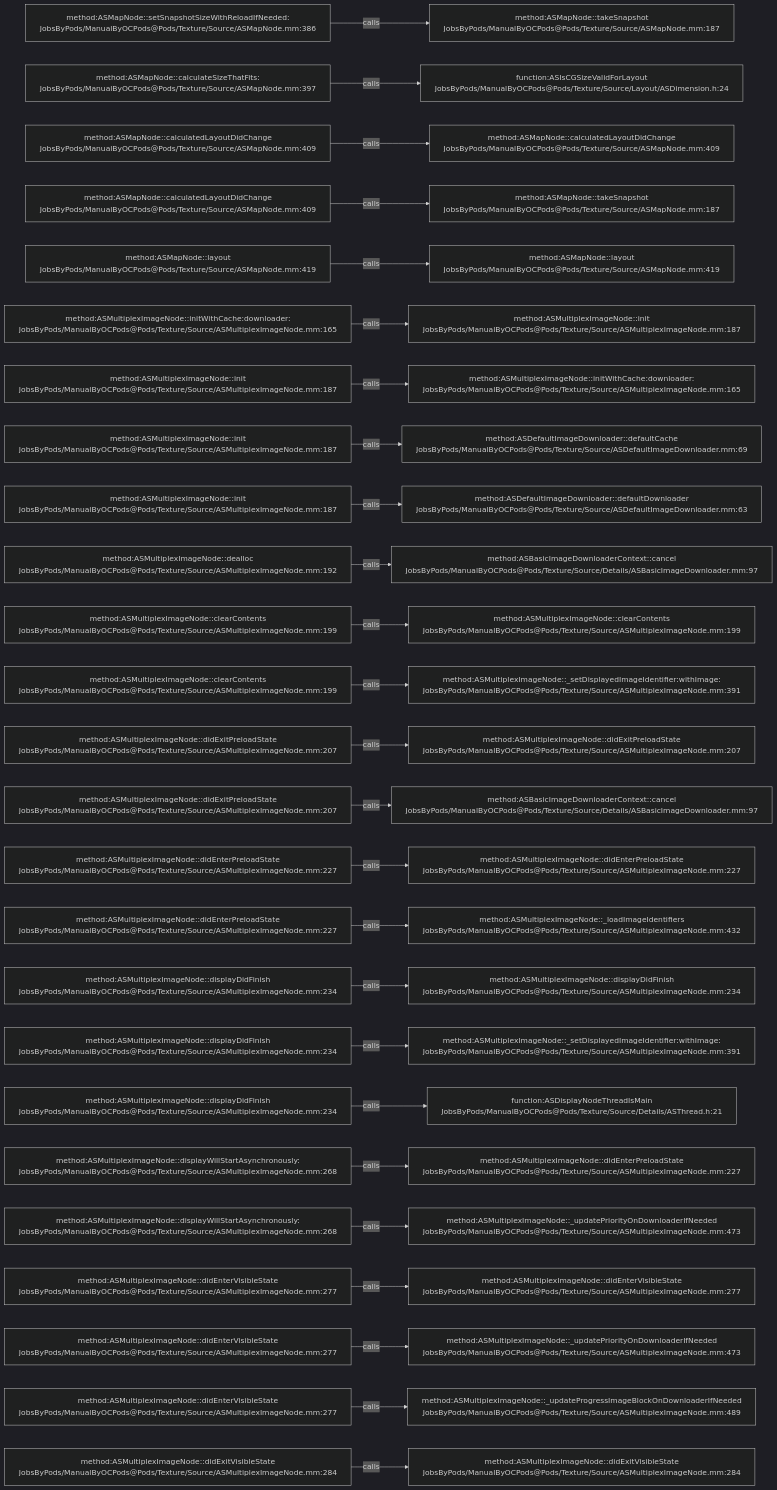
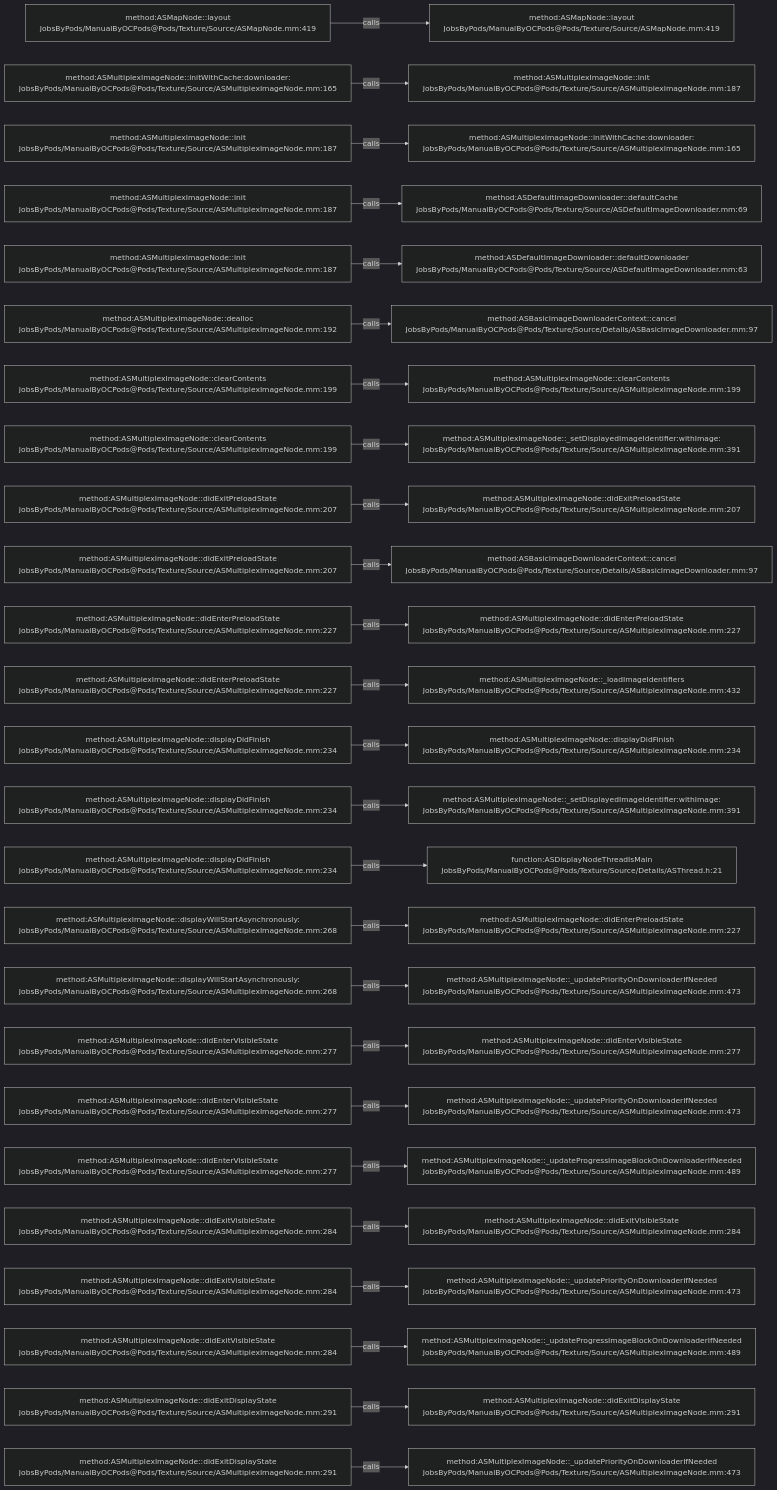
One commit to JobsKits/JobsOCBaseConfigDemo changed the diagram in .codegraph/codegraph.md/graphs/calls-112.md. Above: the diagram before and after it, drawn with Mermaid (dark theme). The commit also changed 727 other files, not shown here.

````diff
--- a/.codegraph/codegraph.md/graphs/calls-112.md
+++ b/.codegraph/codegraph.md/graphs/calls-112.md
@@ -13,78 +13,78 @@
 ```mermaid
 flowchart LR
-  S1["method:ASMapNode::setSnapshotSizeWithReloadIfNeeded:<br/>JobsByPods/ManualByOCPods@Pods/Texture/Source/ASMapNode.mm:386"]
-  T1["method:ASMapNode::takeSnapshot<br/>JobsByPods/ManualByOCPods@Pods/Texture/Source/ASMapNode.mm:187"]
+  S1["method:ASMapNode::layout<br/>JobsByPods/ManualByOCPods@Pods/Texture/Source/ASMapNode.mm:419"]
+  T1["method:ASMapNode::layout<br/>JobsByPods/ManualByOCPods@Pods/Texture/Source/ASMapNode.mm:419"]
   S1 -->|calls| T1
-  S2["method:ASMapNode::calculateSizeThatFits:<br/>JobsByPods/ManualByOCPods@Pods/Texture/Source/ASMapNode.mm:397"]
-  T2["function:ASIsCGSizeValidForLayout<br/>JobsByPods/ManualByOCPods@Pods/Texture/Source/Layout/ASDimension.h:24"]
+  S2["method:ASMultiplexImageNode::initWithCache:downloader:<br/>JobsByPods/ManualByOCPods@Pods/Texture/Source/ASMultiplexImageNode.mm:165"]
+  T2["method:ASMultiplexImageNode::init<br/>JobsByPods/ManualByOCPods@Pods/Texture/Source/ASMultiplexImageNode.mm:187"]
   S2 -->|calls| T2
-  S3["method:ASMapNode::calculatedLayoutDidChange<br/>JobsByPods/ManualByOCPods@Pods/Texture/Source/ASMapNode.mm:409"]
-  T3["method:ASMapNode::calculatedLayoutDidChange<br/>JobsByPods/ManualByOCPods@Pods/Texture/Source/ASMapNode.mm:409"]
+  S3["method:ASMultiplexImageNode::init<br/>JobsByPods/ManualByOCPods@Pods/Texture/Source/ASMultiplexImageNode.mm:187"]
+  T3["method:ASMultiplexImageNode::initWithCache:downloader:<br/>JobsByPods/ManualByOCPods@Pods/Texture/Source/ASMultiplexImageNode.mm:165"]
   S3 -->|calls| T3
-  S4["method:ASMapNode::calculatedLayoutDidChange<br/>JobsByPods/ManualByOCPods@Pods/Texture/Source/ASMapNode.mm:409"]
-  T4["method:ASMapNode::takeSnapshot<br/>JobsByPods/ManualByOCPods@Pods/Texture/Source/ASMapNode.mm:187"]
+  S4["method:ASMultiplexImageNode::init<br/>JobsByPods/ManualByOCPods@Pods/Texture/Source/ASMultiplexImageNode.mm:187"]
+  T4["method:ASDefaultImageDownloader::defaultCache<br/>JobsByPods/ManualByOCPods@Pods/Texture/Source/ASDefaultImageDownloader.mm:69"]
   S4 -->|calls| T4
-  S5["method:ASMapNode::layout<br/>JobsByPods/ManualByOCPods@Pods/Texture/Source/ASMapNode.mm:419"]
-  T5["method:ASMapNode::layout<br/>JobsByPods/ManualByOCPods@Pods/Texture/Source/ASMapNode.mm:419"]
+  S5["method:ASMultiplexImageNode::init<br/>JobsByPods/ManualByOCPods@Pods/Texture/Source/ASMultiplexImageNode.mm:187"]
+  T5["method:ASDefaultImageDownloader::defaultDownloader<br/>JobsByPods/ManualByOCPods@Pods/Texture/Source/ASDefaultImageDownloader.mm:63"]
   S5 -->|calls| T5
-  S6["method:ASMultiplexImageNode::initWithCache:downloader:<br/>JobsByPods/ManualByOCPods@Pods/Texture/Source/ASMultiplexImageNode.mm:165"]
-  T6["method:ASMultiplexImageNode::init<br/>JobsByPods/ManualByOCPods@Pods/Texture/Source/ASMultiplexImageNode.mm:187"]
+  S6["method:ASMultiplexImageNode::dealloc<br/>JobsByPods/ManualByOCPods@Pods/Texture/Source/ASMultiplexImageNode.mm:192"]
+  T6["method:ASBasicImageDownloaderContext::cancel<br/>JobsByPods/ManualByOCPods@Pods/Texture/Source/Details/ASBasicImageDownloader.mm:97"]
   S6 -->|calls| T6
-  S7["method:ASMultiplexImageNode::init<br/>JobsByPods/ManualByOCPods@Pods/Texture/Source/ASMultiplexImageNode.mm:187"]
-  T7["method:ASMultiplexImageNode::initWithCache:downloader:<br/>JobsByPods/ManualByOCPods@Pods/Texture/Source/ASMultiplexImageNode.mm:165"]
+  S7["method:ASMultiplexImageNode::clearContents<br/>JobsByPods/ManualByOCPods@Pods/Texture/Source/ASMultiplexImageNode.mm:199"]
+  T7["method:ASMultiplexImageNode::clearContents<br/>JobsByPods/ManualByOCPods@Pods/Texture/Source/ASMultiplexImageNode.mm:199"]
   S7 -->|calls| T7
-  S8["method:ASMultiplexImageNode::init<br/>JobsByPods/ManualByOCPods@Pods/Texture/Source/ASMultiplexImageNode.mm:187"]
-  T8["method:ASDefaultImageDownloader::defaultCache<br/>JobsByPods/ManualByOCPods@Pods/Texture/Source/ASDefaultImageDownloader.mm:69"]
+  S8["method:ASMultiplexImageNode::clearContents<br/>JobsByPods/ManualByOCPods@Pods/Texture/Source/ASMultiplexImageNode.mm:199"]
+  T8["method:ASMultiplexImageNode::_setDisplayedImageIdentifier:withImage:<br/>JobsByPods/ManualByOCPods@Pods/Texture/Source/ASMultiplexImageNode.mm:391"]
   S8 -->|calls| T8
-  S9["method:ASMultiplexImageNode::init<br/>JobsByPods/ManualByOCPods@Pods/Texture/Source/ASMultiplexImageNode.mm:187"]
-  T9["method:ASDefaultImageDownloader::defaultDownloader<br/>JobsByPods/ManualByOCPods@Pods/Texture/Source/ASDefaultImageDownloader.mm:63"]
+  S9["method:ASMultiplexImageNode::didExitPreloadState<br/>JobsByPods/ManualByOCPods@Pods/Texture/Source/ASMultiplexImageNode.mm:207"]
+  T9["method:ASMultiplexImageNode::didExitPreloadState<br/>JobsByPods/ManualByOCPods@Pods/Texture/Source/ASMultiplexImageNode.mm:207"]
   S9 -->|calls| T9
-  S10["method:ASMultiplexImageNode::dealloc<br/>JobsByPods/ManualByOCPods@Pods/Texture/Source/ASMultiplexImageNode.mm:192"]
+  S10["method:ASMultiplexImageNode::didExitPreloadState<br/>JobsByPods/ManualByOCPods@Pods/Texture/Source/ASMultiplexImageNode.mm:207"]
   T10["method:ASBasicImageDownloaderContext::cancel<br/>JobsByPods/ManualByOCPods@Pods/Texture/Source/Details/ASBasicImageDownloader.mm:97"]
   S10 -->|calls| T10
-  S11["method:ASMultiplexImageNode::clearContents<br/>JobsByPods/ManualByOCPods@Pods/Texture/Source/ASMultiplexImageNode.mm:199"]
-  T11["method:ASMultiplexImageNode::clearContents<br/>JobsByPods/ManualByOCPods@Pods/Texture/Source/ASMultiplexImageNode.mm:199"]
+  S11["method:ASMultiplexImageNode::didEnterPreloadState<br/>JobsByPods/ManualByOCPods@Pods/Texture/Source/ASMultiplexImageNode.mm:227"]
+  T11["method:ASMultiplexImageNode::didEnterPreloadState<br/>JobsByPods/ManualByOCPods@Pods/Texture/Source/ASMultiplexImageNode.mm:227"]
   S11 -->|calls| T11
-  S12["method:ASMultiplexImageNode::clearContents<br/>JobsByPods/ManualByOCPods@Pods/Texture/Source/ASMultiplexImageNode.mm:199"]
-  T12["method:ASMultiplexImageNode::_setDisplayedImageIdentifier:withImage:<br/>JobsByPods/ManualByOCPods@Pods/Texture/Source/ASMultiplexImageNode.mm:391"]
+  S12["method:ASMultiplexImageNode::didEnterPreloadState<br/>JobsByPods/ManualByOCPods@Pods/Texture/Source/ASMultiplexImageNode.mm:227"]
+  T12["method:ASMultiplexImageNode::_loadImageIdentifiers<br/>JobsByPods/ManualByOCPods@Pods/Texture/Source/ASMultiplexImageNode.mm:432"]
   S12 -->|calls| T12
-  S13["method:ASMultiplexImageNode::didExitPreloadState<br/>JobsByPods/ManualByOCPods@Pods/Texture/Source/ASMultiplexImageNode.mm:207"]
-  T13["method:ASMultiplexImageNode::didExitPreloadState<br/>JobsByPods/ManualByOCPods@Pods/Texture/Source/ASMultiplexImageNode.mm:207"]
+  S13["method:ASMultiplexImageNode::displayDidFinish<br/>JobsByPods/ManualByOCPods@Pods/Texture/Source/ASMultiplexImageNode.mm:234"]
+  T13["method:ASMultiplexImageNode::displayDidFinish<br/>JobsByPods/ManualByOCPods@Pods/Texture/Source/ASMultiplexImageNode.mm:234"]
   S13 -->|calls| T13
-  S14["method:ASMultiplexImageNode::didExitPreloadState<br/>JobsByPods/ManualByOCPods@Pods/Texture/Source/ASMultiplexImageNode.mm:207"]
-  T14["method:ASBasicImageDownloaderContext::cancel<br/>JobsByPods/ManualByOCPods@Pods/Texture/Source/Details/ASBasicImageDownloader.mm:97"]
+  S14["method:ASMultiplexImageNode::displayDidFinish<br/>JobsByPods/ManualByOCPods@Pods/Texture/Source/ASMultiplexImageNode.mm:234"]
+  T14["method:ASMultiplexImageNode::_setDisplayedImageIdentifier:withImage:<br/>JobsByPods/ManualByOCPods@Pods/Texture/Source/ASMultiplexImageNode.mm:391"]
   S14 -->|calls| T14
-  S15["method:ASMultiplexImageNode::didEnterPreloadState<br/>JobsByPods/ManualByOCPods@Pods/Texture/Source/ASMultiplexImageNode.mm:227"]
-  T15["method:ASMultiplexImageNode::didEnterPreloadState<br/>JobsByPods/ManualByOCPods@Pods/Texture/Source/ASMultiplexImageNode.mm:227"]
+  S15["method:ASMultiplexImageNode::displayDidFinish<br/>JobsByPods/ManualByOCPods@Pods/Texture/Source/ASMultiplexImageNode.mm:234"]
+  T15["function:ASDisplayNodeThreadIsMain<br/>JobsByPods/ManualByOCPods@Pods/Texture/Source/Details/ASThread.h:21"]
   S15 -->|calls| T15
-  S16["method:ASMultiplexImageNode::didEnterPreloadState<br/>JobsByPods/ManualByOCPods@Pods/Texture/Source/ASMultiplexImageNode.mm:227"]
-  T16["method:ASMultiplexImageNode::_loadImageIdentifiers<br/>JobsByPods/ManualByOCPods@Pods/Texture/Source/ASMultiplexImageNode.mm:432"]
+  S16["method:ASMultiplexImageNode::displayWillStartAsynchronously:<br/>JobsByPods/ManualByOCPods@Pods/Texture/Source/ASMultiplexImageNode.mm:268"]
+  T16["method:ASMultiplexImageNode::didEnterPreloadState<br/>JobsByPods/ManualByOCPods@Pods/Texture/Source/ASMultiplexImageNode.mm:227"]
   S16 -->|calls| T16
-  S17["method:ASMultiplexImageNode::displayDidFinish<br/>JobsByPods/ManualByOCPods@Pods/Texture/Source/ASMultiplexImageNode.mm:234"]
-  T17["method:ASMultiplexImageNode::displayDidFinish<br/>JobsByPods/ManualByOCPods@Pods/Texture/Source/ASMultiplexImageNode.mm:234"]
+  S17["method:ASMultiplexImageNode::displayWillStartAsynchronously:<br/>JobsByPods/ManualByOCPods@Pods/Texture/Source/ASMultiplexImageNode.mm:268"]
+  T17["method:ASMultiplexImageNode::_updatePriorityOnDownloaderIfNeeded<br/>JobsByPods/ManualByOCPods@Pods/Texture/Source/ASMultiplexImageNode.mm:473"]
   S17 -->|calls| T17
-  S18["method:ASMultiplexImageNode::displayDidFinish<br/>JobsByPods/ManualByOCPods@Pods/Texture/Source/ASMultiplexImageNode.mm:234"]
-  T18["method:ASMultiplexImageNode::_setDisplayedImageIdentifier:withImage:<br/>JobsByPods/ManualByOCPods@Pods/Texture/Source/ASMultiplexImageNode.mm:391"]
+  S18["method:ASMultiplexImageNode::didEnterVisibleState<br/>JobsByPods/ManualByOCPods@Pods/Texture/Source/ASMultiplexImageNode.mm:277"]
+  T18["method:ASMultiplexImageNode::didEnterVisibleState<br/>JobsByPods/ManualByOCPods@Pods/Texture/Source/ASMultiplexImageNode.mm:277"]
   S18 -->|calls| T18
-  S19["method:ASMultiplexImageNode::displayDidFinish<br/>JobsByPods/ManualByOCPods@Pods/Texture/Source/ASMultiplexImageNode.mm:234"]
-  T19["function:ASDisplayNodeThreadIsMain<br/>JobsByPods/ManualByOCPods@Pods/Texture/Source/Details/ASThread.h:21"]
+  S19["method:ASMultiplexImageNode::didEnterVisibleState<br/>JobsByPods/ManualByOCPods@Pods/Texture/Source/ASMultiplexImageNode.mm:277"]
+  T19["method:ASMultiplexImageNode::_updatePriorityOnDownloaderIfNeeded<br/>JobsByPods/ManualByOCPods@Pods/Texture/Source/ASMultiplexImageNode.mm:473"]
   S19 -->|calls| T19
-  S20["method:ASMultiplexImageNode::displayWillStartAsynchronously:<br/>JobsByPods/ManualByOCPods@Pods/Texture/Source/ASMultiplexImageNode.mm:268"]
-  T20["method:ASMultiplexImageNode::didEnterPreloadState<br/>JobsByPods/ManualByOCPods@Pods/Texture/Source/ASMultiplexImageNode.mm:227"]
+  S20["method:ASMultiplexImageNode::didEnterVisibleState<br/>JobsByPods/ManualByOCPods@Pods/Texture/Source/ASMultiplexImageNode.mm:277"]
+  T20["method:ASMultiplexImageNode::_updateProgressImageBlockOnDownloaderIfNeeded<br/>JobsByPods/ManualByOCPods@Pods/Texture/Source/ASMultiplexImageNode.mm:489"]
   S20 -->|calls| T20
-  S21["method:ASMultiplexImageNode::displayWillStartAsynchronously:<br/>JobsByPods/ManualByOCPods@Pods/Texture/Source/ASMultiplexImageNode.mm:268"]
-  T21["method:ASMultiplexImageNode::_updatePriorityOnDownloaderIfNeeded<br/>JobsByPods/ManualByOCPods@Pods/Texture/Source/ASMultiplexImageNode.mm:473"]
+  S21["method:ASMultiplexImageNode::didExitVisibleState<br/>JobsByPods/ManualByOCPods@Pods/Texture/Source/ASMultiplexImageNode.mm:284"]
+  T21["method:ASMultiplexImageNode::didExitVisibleState<br/>JobsByPods/ManualByOCPods@Pods/Texture/Source/ASMultiplexImageNode.mm:284"]
   S21 -->|calls| T21
-  S22["method:ASMultiplexImageNode::didEnterVisibleState<br/>JobsByPods/ManualByOCPods@Pods/Texture/Source/ASMultiplexImageNode.mm:277"]
-  T22["method:ASMultiplexImageNode::didEnterVisibleState<br/>JobsByPods/ManualByOCPods@Pods/Texture/Source/ASMultiplexImageNode.mm:277"]
+  S22["method:ASMultiplexImageNode::didExitVisibleState<br/>JobsByPods/ManualByOCPods@Pods/Texture/Source/ASMultiplexImageNode.mm:284"]
+  T22["method:ASMultiplexImageNode::_updatePriorityOnDownloaderIfNeeded<br/>JobsByPods/ManualByOCPods@Pods/Texture/Source/ASMultiplexImageNode.mm:473"]
   S22 -->|calls| T22
-  S23["method:ASMultiplexImageNode::didEnterVisibleState<br/>JobsByPods/ManualByOCPods@Pods/Texture/Source/ASMultiplexImageNode.mm:277"]
-  T23["method:ASMultiplexImageNode::_updatePriorityOnDownloaderIfNeeded<br/>JobsByPods/ManualByOCPods@Pods/Texture/Source/ASMultiplexImageNode.mm:473"]
+  S23["method:ASMultiplexImageNode::didExitVisibleState<br/>JobsByPods/ManualByOCPods@Pods/Texture/Source/ASMultiplexImageNode.mm:284"]
+  T23["method:ASMultiplexImageNode::_updateProgressImageBlockOnDownloaderIfNeeded<br/>JobsByPods/ManualByOCPods@Pods/Texture/Source/ASMultiplexImageNode.mm:489"]
   S23 -->|calls| T23
-  S24["method:ASMultiplexImageNode::didEnterVisibleState<br/>JobsByPods/ManualByOCPods@Pods/Texture/Source/ASMultiplexImageNode.mm:277"]
-  T24["method:ASMultiplexImageNode::_updateProgressImageBlockOnDownloaderIfNeeded<br/>JobsByPods/ManualByOCPods@Pods/Texture/Source/ASMultiplexImageNode.mm:489"]
+  S24["method:ASMultiplexImageNode::didExitDisplayState<br/>JobsByPods/ManualByOCPods@Pods/Texture/Source/ASMultiplexImageNode.mm:291"]
+  T24["method:ASMultiplexImageNode::didExitDisplayState<br/>JobsByPods/ManualByOCPods@Pods/Texture/Source/ASMultiplexImageNode.mm:291"]
   S24 -->|calls| T24
-  S25["method:ASMultiplexImageNode::didExitVisibleState<br/>JobsByPods/ManualByOCPods@Pods/Texture/Source/ASMultiplexImageNode.mm:284"]
-  T25["method:ASMultiplexImageNode::didExitVisibleState<br/>JobsByPods/ManualByOCPods@Pods/Texture/Source/ASMultiplexImageNode.mm:284"]
+  S25["method:ASMultiplexImageNode::didExitDisplayState<br/>JobsByPods/ManualByOCPods@Pods/Texture/Source/ASMultiplexImageNode.mm:291"]
+  T25["method:ASMultiplexImageNode::_updatePriorityOnDownloaderIfNeeded<br/>JobsByPods/ManualByOCPods@Pods/Texture/Source/ASMultiplexImageNode.mm:473"]
   S25 -->|calls| T25
 ```
````
